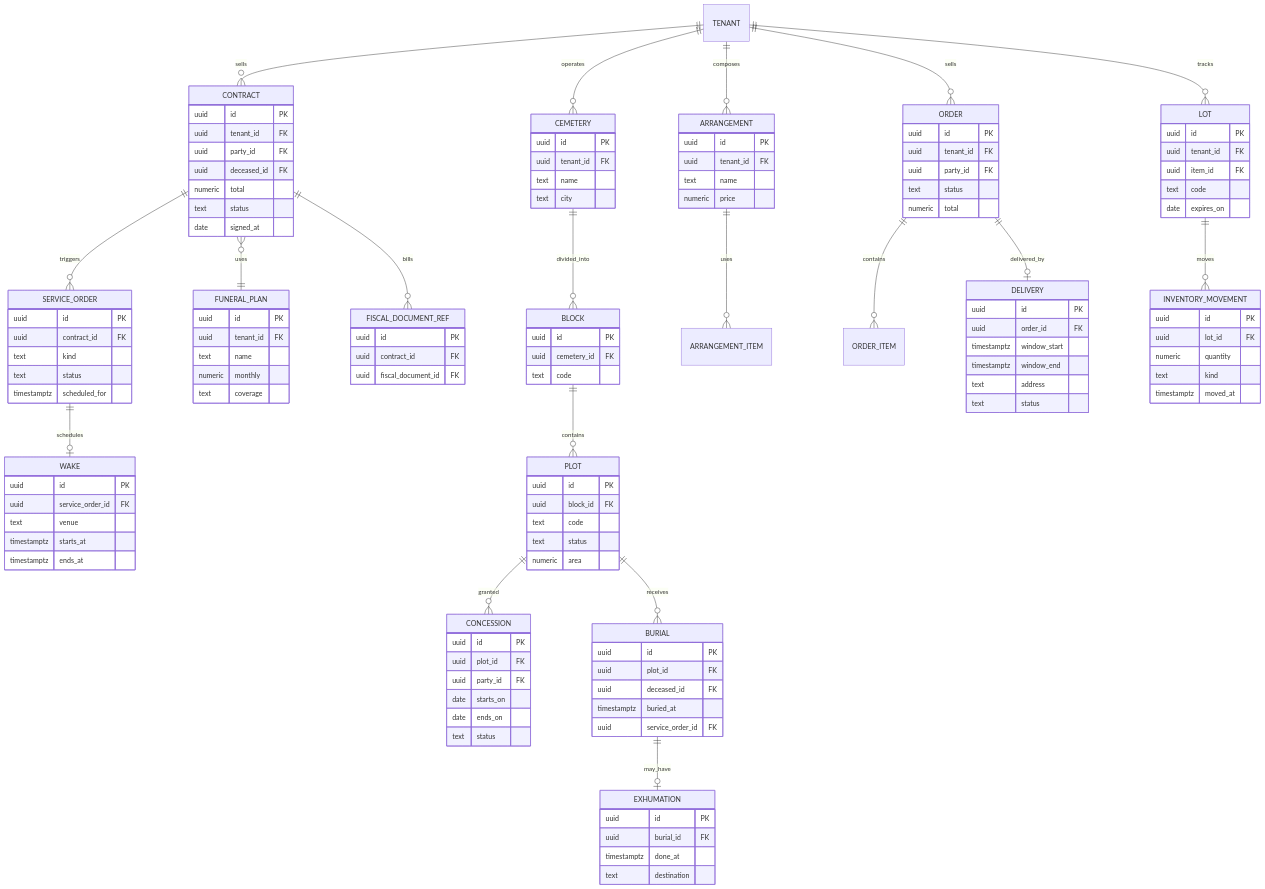
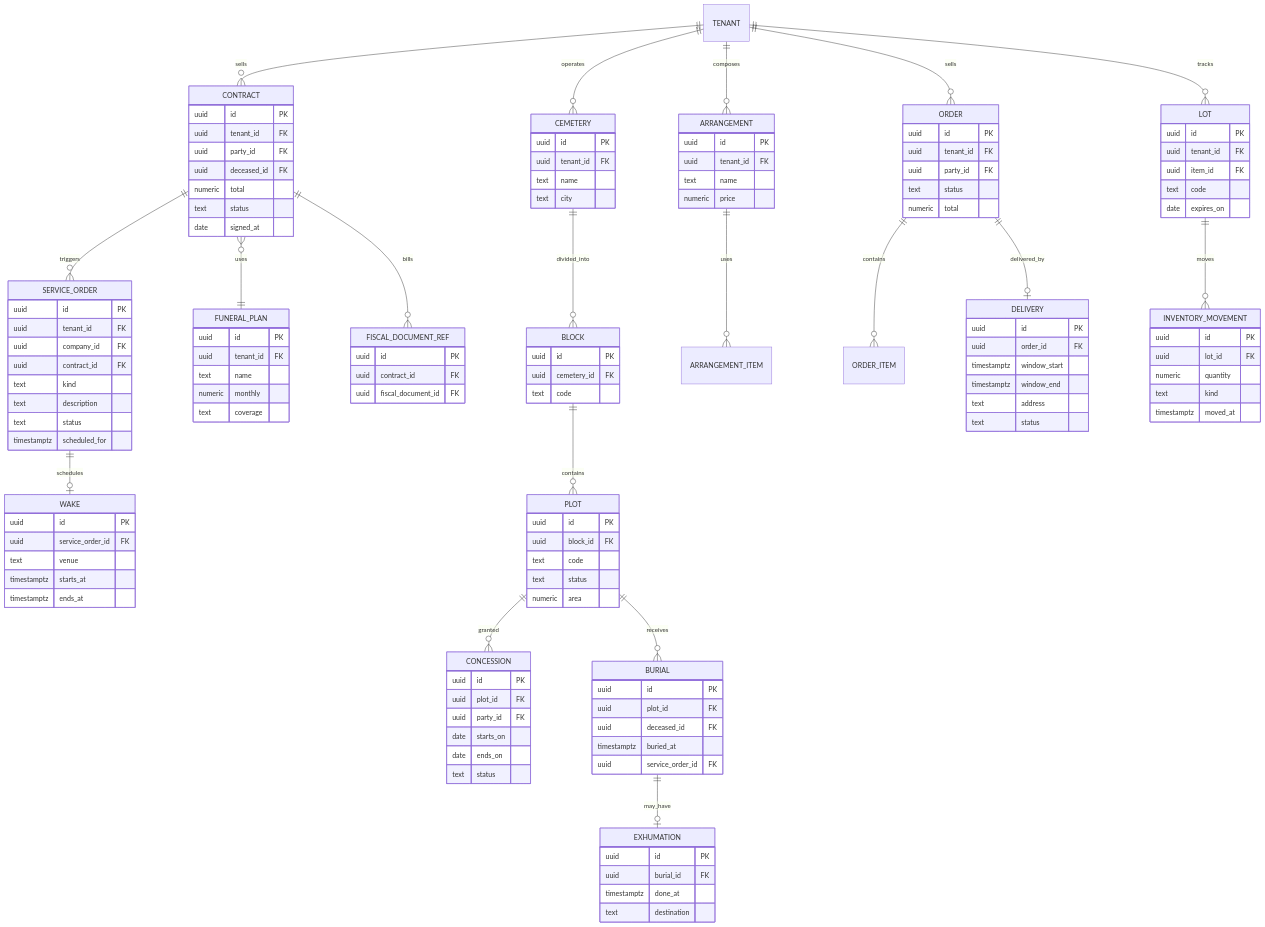
One commit to alltomatos/amparius changed the third of 6 diagrams in docs/data/DER.md. Above: the diagram before and after it, drawn with Mermaid. The commit also changed other lines of this file and 18 other files, not shown here.

```diff
--- a/docs/data/DER.md
+++ b/docs/data/DER.md
@@ -430,8 +468,11 @@
                  numeric monthly
                  text coverage }
   SERVICE_ORDER { uuid id PK
+                  uuid tenant_id FK
+                  uuid company_id FK
                   uuid contract_id FK
                   text kind
+                  text description
                   text status
                   timestamptz scheduled_for }
   WAKE { uuid id PK
```
